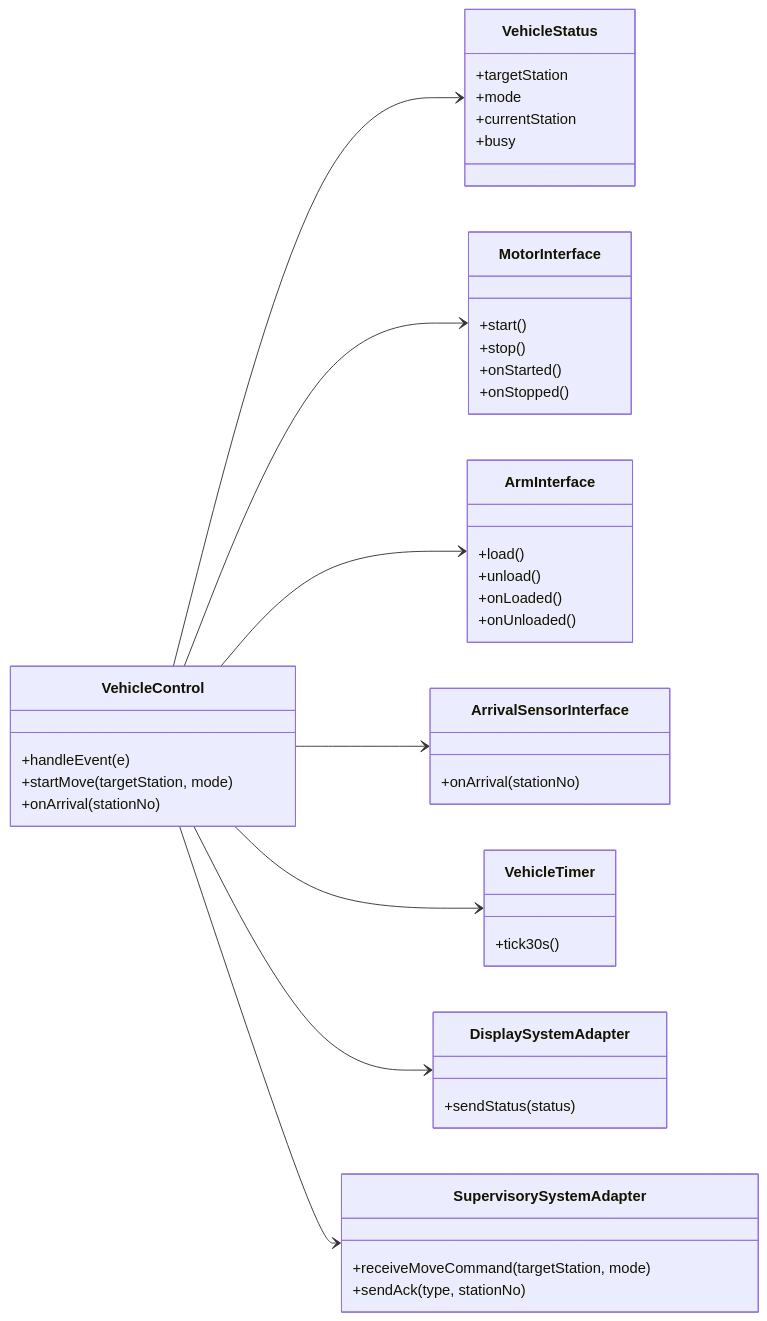
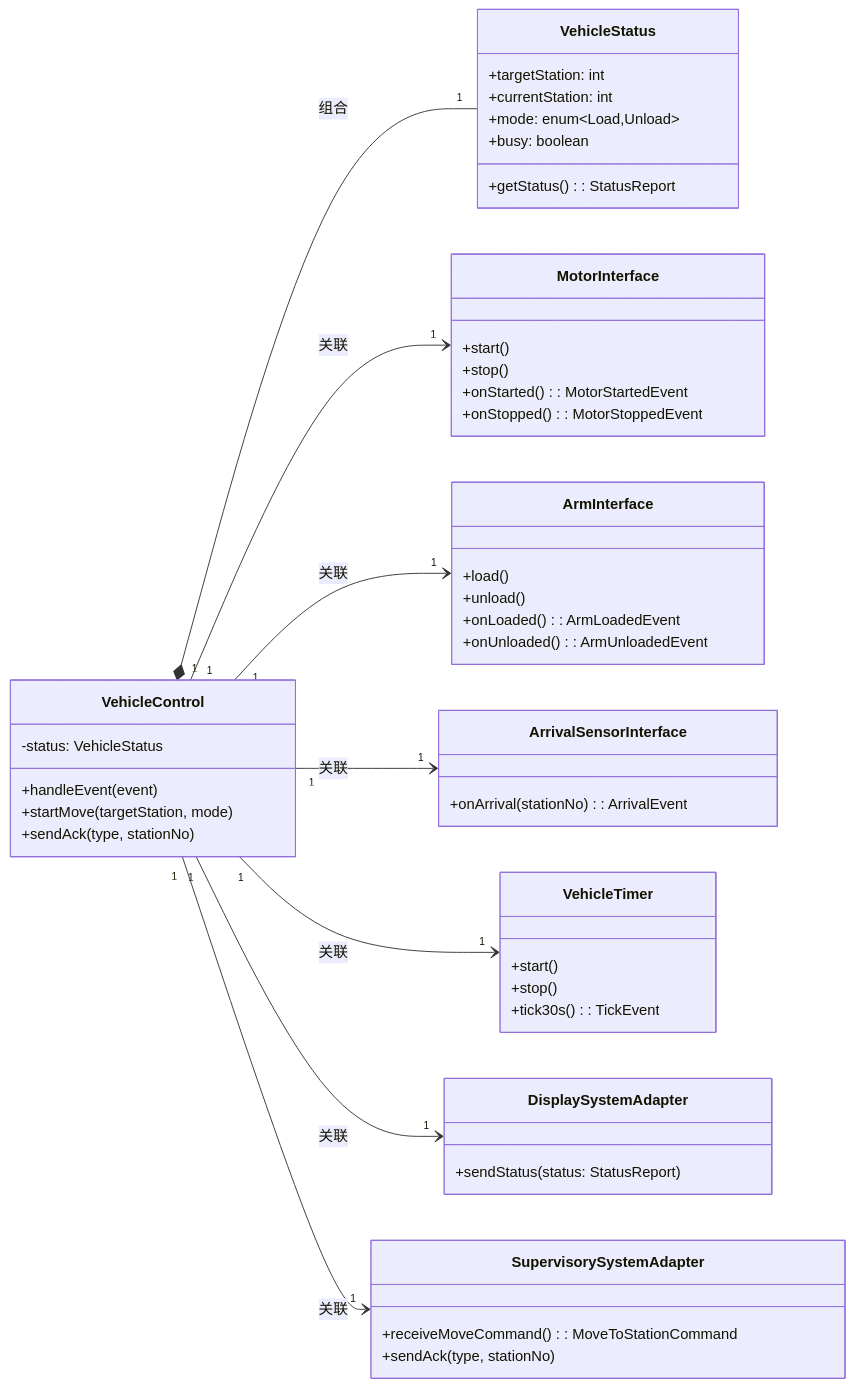
Before and after one commit to GodLiangJingYu/MyCodeResource: the second of 8 diagrams in 软件架构设计/实验/实验4/提交/2023302855 梁景毓 ex4.md, drawn with Mermaid. The commit also changed other lines of this file and 138 other files, not shown here.

````diff
--- a/软件架构设计/实验/实验4/提交/2023302855 梁景毓 ex4.md
+++ b/软件架构设计/实验/实验4/提交/2023302855 梁景毓 ex4.md
@@ -98,56 +183,60 @@
 ```mermaid
 classDiagram
 direction LR
 
 class VehicleControl {
-  +handleEvent(e)
+  -status: VehicleStatus
+  +handleEvent(event)
   +startMove(targetStation, mode)
-  +onArrival(stationNo)
+  +sendAck(type, stationNo)
 }
 
 class VehicleStatus {
-  +targetStation
-  +mode
-  +currentStation
-  +busy
+  +targetStation: int
+  +currentStation: int
+  +mode: enum~Load,Unload~
+  +busy: boolean
+  +getStatus(): StatusReport
 }
 
 class VehicleTimer {
-  +tick30s()
+  +start()
+  +stop()
+  +tick30s(): TickEvent
 }
 
 class ArrivalSensorInterface {
-  +onArrival(stationNo)
+  +onArrival(stationNo): ArrivalEvent
 }
 
 class MotorInterface {
   +start()
   +stop()
-  +onStarted()
-  +onStopped()
+  +onStarted(): MotorStartedEvent
+  +onStopped(): MotorStoppedEvent
 }
 
 class ArmInterface {
   +load()
   +unload()
-  +onLoaded()
-  +onUnloaded()
+  +onLoaded(): ArmLoadedEvent
+  +onUnloaded(): ArmUnloadedEvent
+}
+
+class SupervisorySystemAdapter {
+  +receiveMoveCommand(): MoveToStationCommand
+  +sendAck(type, stationNo)
 }
 
 class DisplaySystemAdapter {
-  +sendStatus(status)
+  +sendStatus(status: StatusReport)
 }
 
-class SupervisorySystemAdapter {
-  +receiveMoveCommand(targetStation, mode)
-  +sendAck(type, stationNo)
-}
-
-VehicleControl --> VehicleStatus
-VehicleControl --> MotorInterface
-VehicleControl --> ArmInterface
-VehicleControl --> ArrivalSensorInterface
-VehicleControl --> VehicleTimer
-VehicleControl --> DisplaySystemAdapter
-VehicleControl --> SupervisorySystemAdapter
+VehicleControl "1" *-- "1" VehicleStatus : 组合
+VehicleControl "1" --> "1" MotorInterface : 关联
+VehicleControl "1" --> "1" ArmInterface : 关联
+VehicleControl "1" --> "1" ArrivalSensorInterface : 关联
+VehicleControl "1" --> "1" VehicleTimer : 关联
+VehicleControl "1" --> "1" DisplaySystemAdapter : 关联
+VehicleControl "1" --> "1" SupervisorySystemAdapter : 关联
 ```
````
